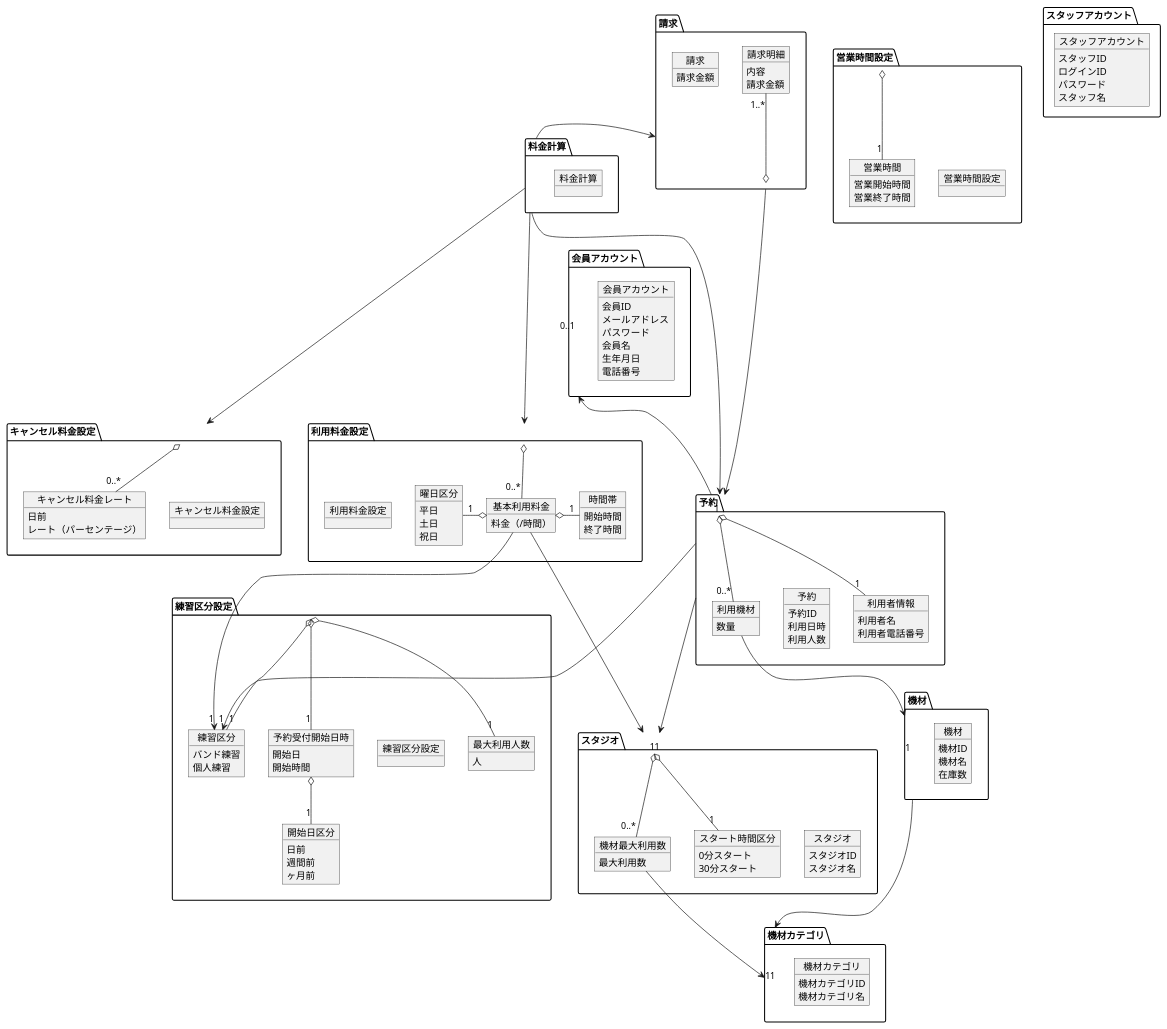
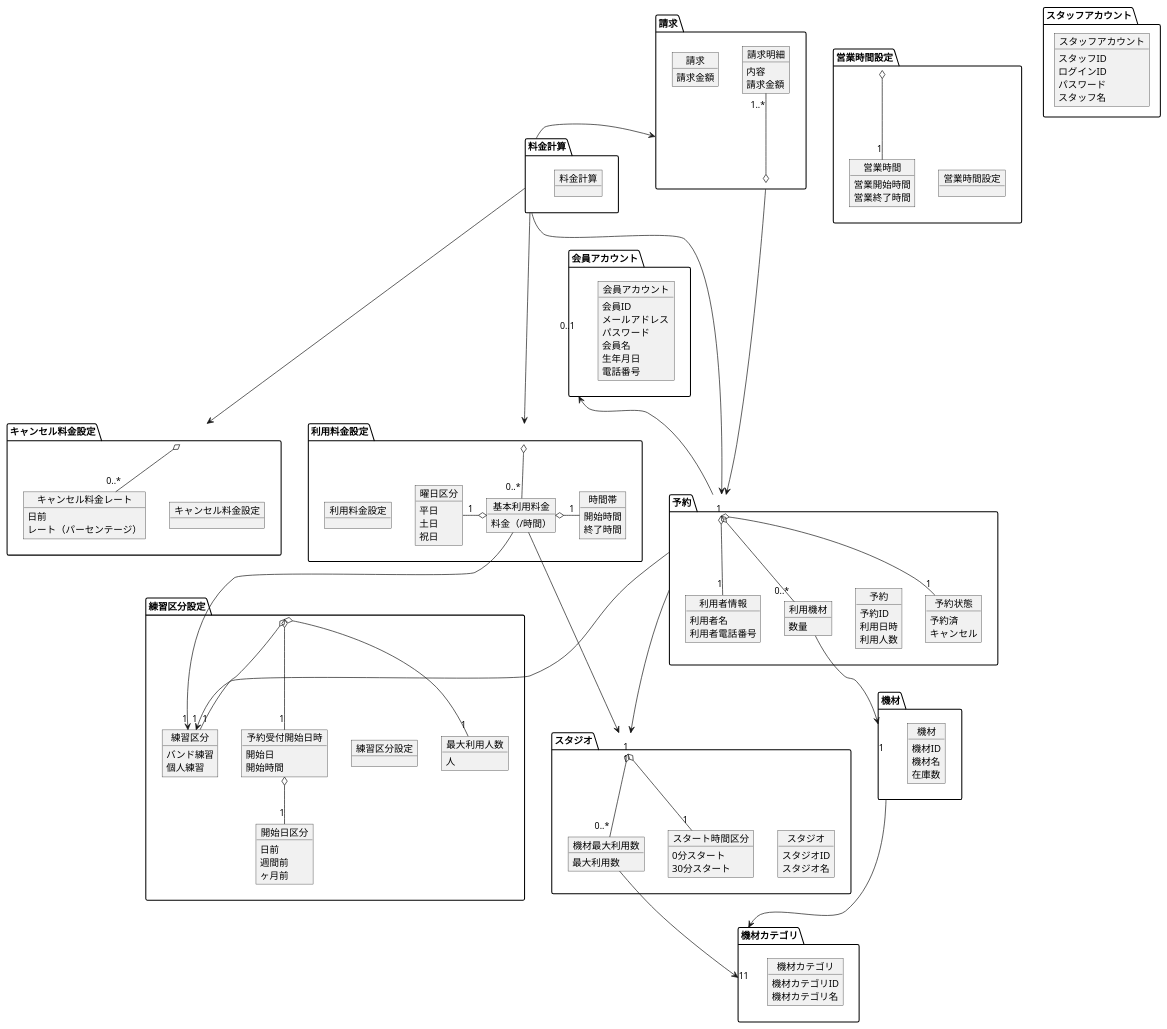
One commit to TakashiOnawa/ddd-practice-studio-reservation changed the diagram in modeling/07_DomainModel.pu. Above: the diagram before and after it, drawn with PlantUML. The commit also changed 11 other files, not shown here.

```diff
--- a/modeling/07_DomainModel.pu
+++ b/modeling/07_DomainModel.pu
@@ -1,189 +1,195 @@
 @startuml DomainModel
 
 package 予約 {
     object 予約 {
         予約ID
         利用日時
         利用人数
+    }
+
+    object 予約状態 {
+        予約済
+        キャンセル
     }
 
     object 利用者情報 {
         利用者名
         利用者電話番号
     }
 
     object 利用機材 {
         数量
     }
 }
 
 package 練習区分設定 {
     object 練習区分設定 {
     }
 
     object 練習区分 {
         バンド練習
         個人練習
     }
 
     object 最大利用人数 {
         人
     }
 
     object 予約受付開始日時 {
         開始日
         開始時間
     }
 
     object 開始日区分 {
         日前
         週間前
         ヶ月前
     }
 }
 
 package スタジオ {
     object スタジオ {
         スタジオID
         スタジオ名
     }
 
     object スタート時間区分 {
         0分スタート
         30分スタート
     }
 
     object 機材最大利用数 {
         最大利用数
     }
 }
 
 package 機材 {
     object 機材 {
         機材ID
         機材名
         在庫数
     }
 }
 
 package 機材カテゴリ {
     object 機材カテゴリ {
         機材カテゴリID
         機材カテゴリ名
     }
 }
 
 package キャンセル料金設定 {
     object キャンセル料金設定 {
     }
 
     object キャンセル料金レート {
         日前
         レート（パーセンテージ）
     }
 }
 
 package 営業時間設定 {
     object 営業時間設定 {
     }
 
     object 営業時間 {
         営業開始時間
         営業終了時間
     }
 }
 
 package 会員アカウント {
     object 会員アカウント {
         会員ID
         メールアドレス
         パスワード
         会員名
         生年月日
         電話番号
     }
 }
 
 package スタッフアカウント {
     object スタッフアカウント {
         スタッフID
         ログインID
         パスワード
         スタッフ名
     }
 }
 
 package 利用料金設定 {
     object 利用料金設定 {
     }
 
     object 基本利用料金 {
         料金（/時間）
     }
 
     object 曜日区分 {
         平日
         土日
         祝日
     }
 
     object 時間帯 {
         開始時間
         終了時間
     }
 }
 
 package 料金計算 {
     object 料金計算 {
     }
 }
 
 package 請求 {
     object 請求 {
         請求金額
     }
 
     object 請求明細 {
         内容
         請求金額
     }
 }
 
 予約 ---> "1" スタジオ
 予約 o-- "0..*" 利用機材
-予約 o- "1" 利用者情報
+予約 o-right- "1" 利用者情報
+予約 o-- "1" 予約状態
 予約 ---> "1" 練習区分
 予約 -up--> "0..1" 会員アカウント
 
 利用機材 --> "1" 機材
 
 スタジオ o-- "1" スタート時間区分
 スタジオ o-- "0..*" 機材最大利用数
 
 機材最大利用数 --> "1" 機材カテゴリ
 
 機材 ---> "1" 機材カテゴリ
 
 練習区分設定 o- "1" 練習区分
 練習区分設定 o-- "1" 最大利用人数
 練習区分設定 o-- "1" 予約受付開始日時
 予約受付開始日時 o-- "1" 開始日区分
 
 営業時間設定 o-- "1" 営業時間
 
 キャンセル料金設定 o-- "0..*" キャンセル料金レート
 
 利用料金設定 o-- "0..*" 基本利用料金
 基本利用料金 ---> "1" 練習区分
 基本利用料金 ---> "1" スタジオ
 基本利用料金 o-left- "1" 曜日区分
 基本利用料金 o-right- "1" 時間帯
 
 請求 o-up- "1..*" 請求明細
 請求 ---> "1" 予約
+料金計算 -left-> 請求
 料金計算 ---> 予約
 料金計算 ---> 利用料金設定
-料金計算 -left-> 請求
 料金計算 ---> キャンセル料金設定
 
 @enduml
```
